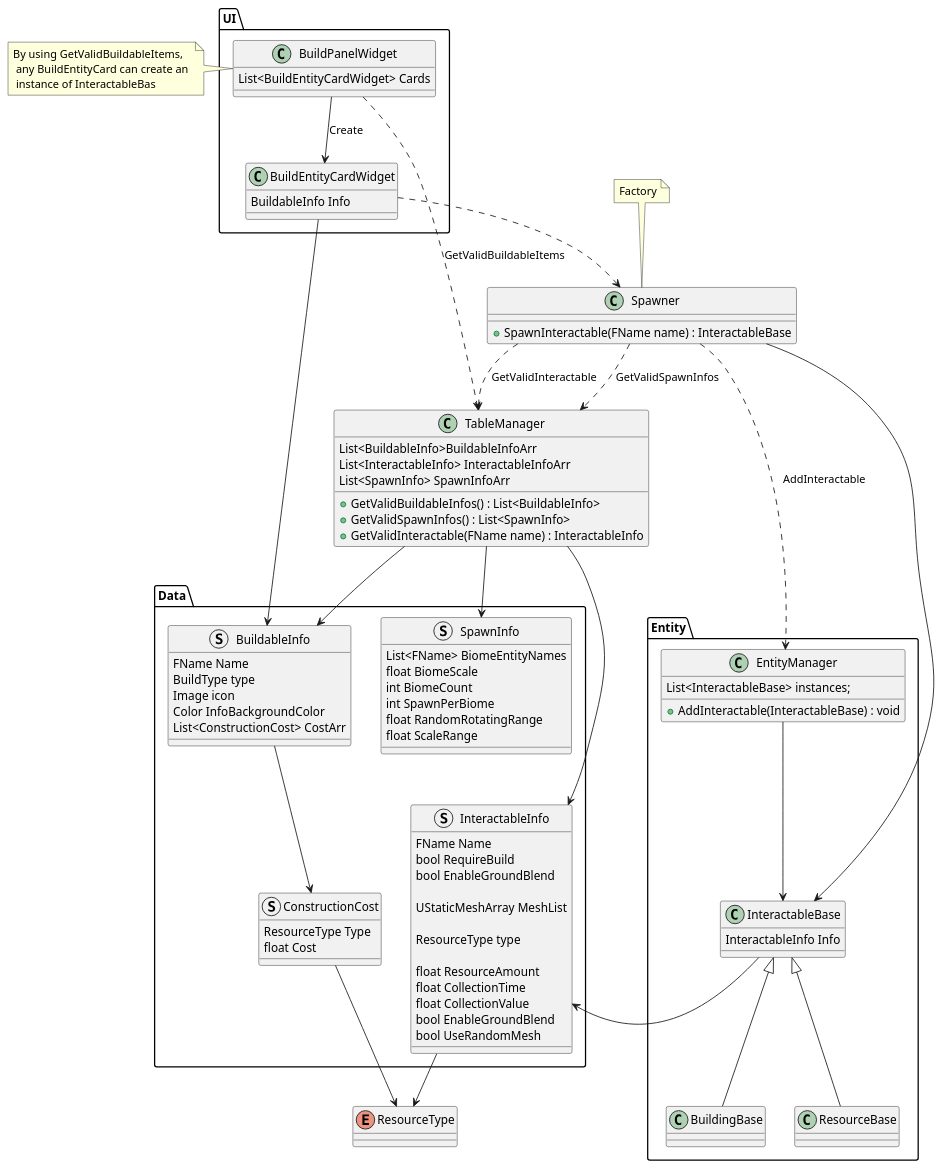
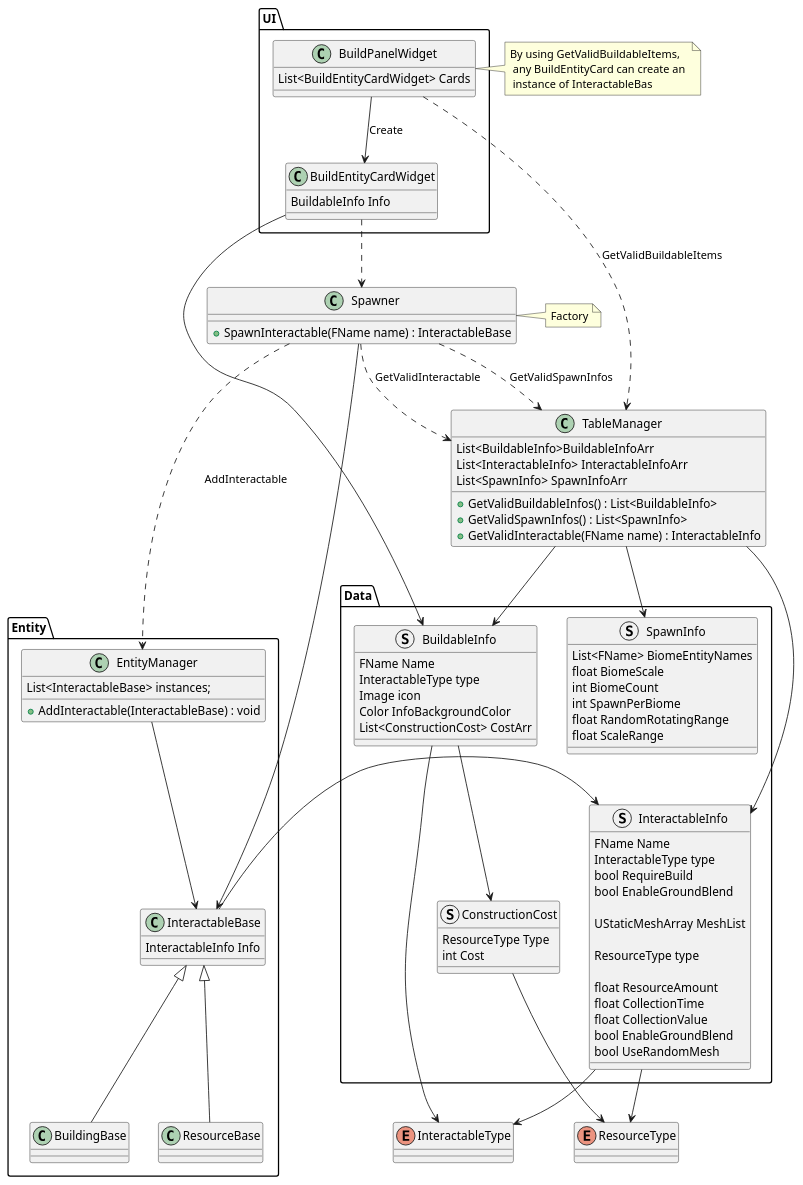
Before and after one commit to ChoiJK/Cropout_Clone_Cpp: the diagram in Diagrams/Entity Table.wsd, drawn with PlantUML. The commit also changed 2 other files, not shown here.

```diff
--- a/Diagrams/Entity Table.wsd
+++ b/Diagrams/Entity Table.wsd
@@ -1,121 +1,128 @@
 @startuml
 
 set namespaceSeparator ::
 
 enum ResourceType{
 }
 
+enum InteractableType{
+
+}
+
 struct Data::ConstructionCost{
     ResourceType Type
-    float Cost
+    int Cost
 }
 
 struct Data::BuildableInfo{
     FName Name
-    BuildType type
+    InteractableType type
     Image icon
     Color InfoBackgroundColor
     List<ConstructionCost> CostArr
 }
 
 struct Data::SpawnInfo{
     List<FName> BiomeEntityNames
     float BiomeScale
     int BiomeCount
     int SpawnPerBiome
     float RandomRotatingRange
     float ScaleRange
 }
 
 struct Data::InteractableInfo{
     FName Name
+    InteractableType type
     bool RequireBuild
     bool EnableGroundBlend
 
     UStaticMeshArray MeshList
 
     ResourceType type
 
     float ResourceAmount
     float CollectionTime
     float CollectionValue
     bool EnableGroundBlend
     bool UseRandomMesh
 }
 
 class TableManager{
     List<BuildableInfo>BuildableInfoArr
     List<InteractableInfo> InteractableInfoArr
     List<SpawnInfo> SpawnInfoArr
 
     + GetValidBuildableInfos() : List<BuildableInfo>
     + GetValidSpawnInfos() : List<SpawnInfo>
     + GetValidInteractable(FName name) : InteractableInfo
 }
 'note up : Includes sifting through the contents of a table for valid items --\n ex) GetValidBuildableInfos: removes and returns items that are \nin the BuildableInfoArr but not in the InteractableInfoArr, based on Name
 
 
 class Entity::InteractableBase{
     InteractableInfo Info
 }
 
 class Entity::BuildingBase{
 
 }
 
 class Entity::ResourceBase{
 
 }
 
 class Entity::EntityManager{
     List<InteractableBase> instances;
 
     + AddInteractable(InteractableBase) : void
 }
 
 class Spawner{
     + SpawnInteractable(FName name) : InteractableBase
 }
-note top : Factory
+note right : Factory
 
 class UI::BuildEntityCardWidget{
     BuildableInfo Info
 }
 
 
 class UI::BuildPanelWidget{
     List<BuildEntityCardWidget> Cards
 }
 note left : By using GetValidBuildableItems, \n any BuildEntityCard can create an \n instance of InteractableBas
 
 
 ConstructionCost -down-> ResourceType
 BuildableInfo -down-> ConstructionCost
+BuildableInfo --> InteractableType
 InteractableInfo -down-> ResourceType
+InteractableInfo --> InteractableType
 
 TableManager --> BuildableInfo 
 TableManager --> InteractableInfo
 TableManager --> SpawnInfo
 SpawnInfo -[hidden]right-> BuildableInfo
 SpawnInfo -[hidden]down-> InteractableInfo
 ConstructionCost -[hidden]right-> SpawnInfo
 
 InteractableBase -left-> InteractableInfo
 BuildingBase -up-|> InteractableBase
 ResourceBase -up-|> InteractableBase
 
 EntityManager --> InteractableBase
 
 Spawner ..> TableManager : GetValidSpawnInfos
 Spawner ..> TableManager : GetValidInteractable
 Spawner ..> EntityManager : AddInteractable
 Spawner --> InteractableBase
 
 BuildEntityCardWidget --> BuildableInfo
 BuildEntityCardWidget ..> Spawner
 
 BuildPanelWidget ..> TableManager : GetValidBuildableItems
 BuildPanelWidget --> BuildEntityCardWidget : Create
 
 
 @enduml
```
